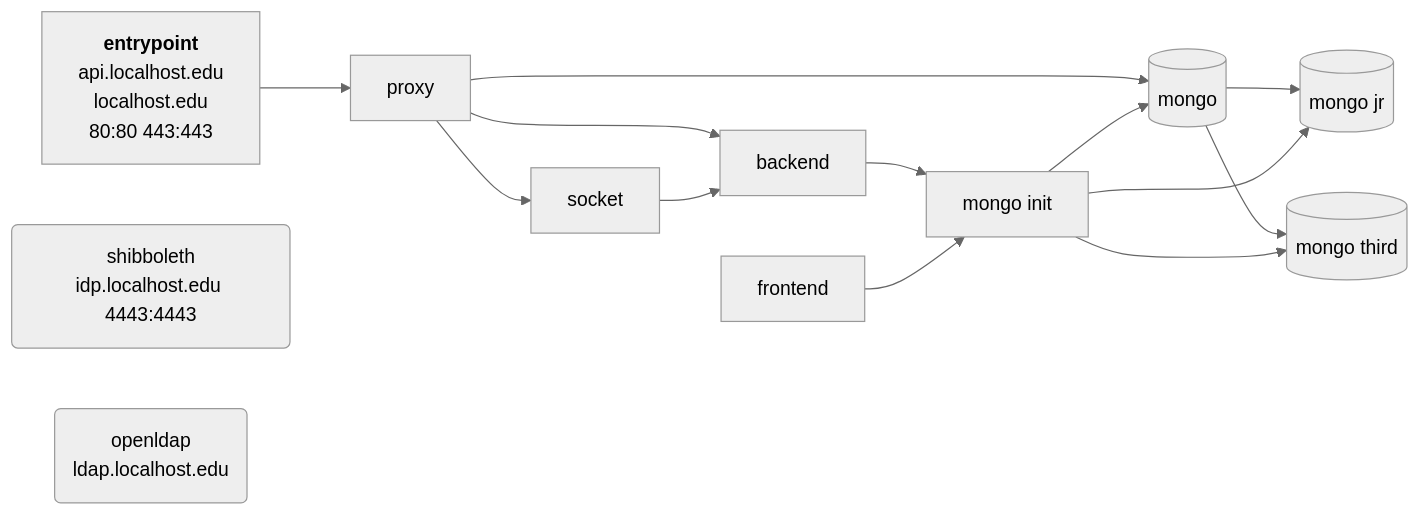
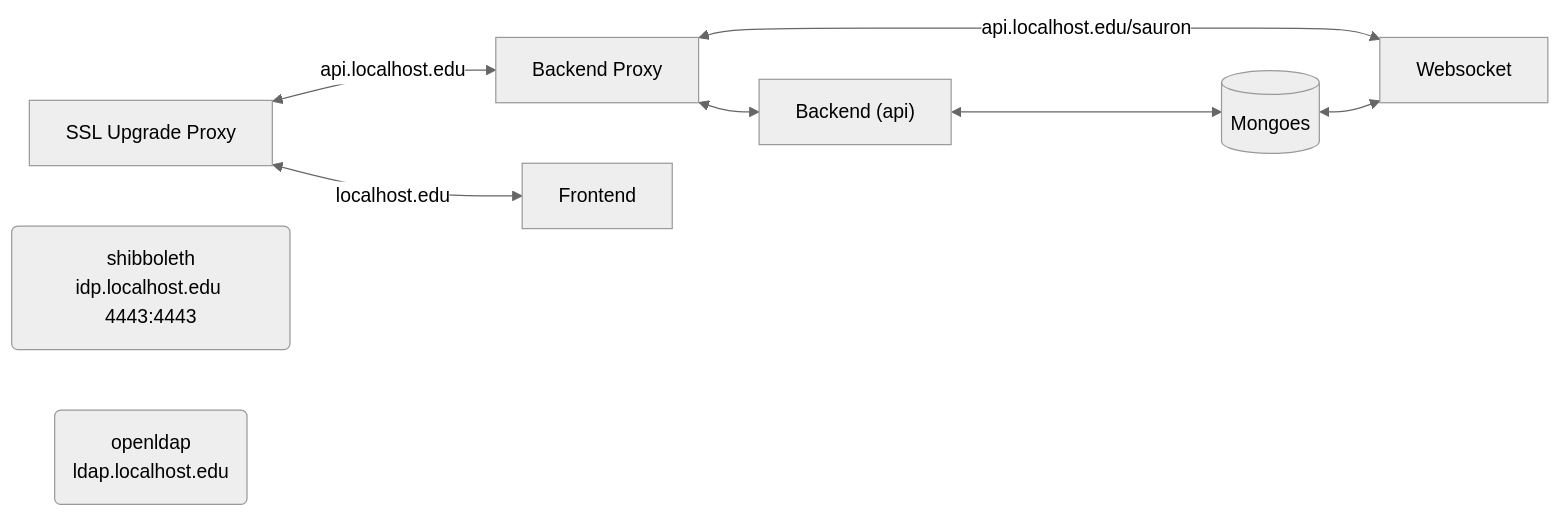
The first of 2 diagrams in docs/docs/architecture/index.md (oss/meetme), drawn with Mermaid (neutral theme) before and after one commit. The commit also changed other lines of this file, not shown here.

````diff
--- a/docs/docs/architecture/index.md
+++ b/docs/docs/architecture/index.md
@@ -35,28 +42,14 @@
 ```mermaid
 flowchart LR
-    entrypoint["`**entrypoint**
-        api.localhost.edu
-        localhost.edu
-        80:80  443:443
+    proxy["SSL Upgrade Proxy"] -- "api.localhost.edu" <--> backend-proxy["Backend Proxy"];
+    proxy -- "localhost.edu" <--> fronted["Frontend"]  
 
-    `"]-->proxy[proxy];
-    proxy --> backend[backend];
-    proxy --> socket[socket];
-    proxy --> mongo[(mongo)];
-    mongo --> mongojr[(mongo jr)];
-    mongo --> mongothird[(mongo third)];
+    backend-proxy <--> backend["Backend (api)"]
+    backend-proxy <-- "api.localhost.edu/sauron" --> websocket["Websocket"]
 
-    monogoinit[mongo init] --> mongo;
-    monogoinit --> mongojr;
-    monogoinit --> mongothird;
-    backend --> monogoinit;
-    frontend[frontend] --> monogoinit;
-    socket --> backend;
+    backend <--> database[(Mongoes)]
+    database <--> websocket
 
-    shibboleth("`shibboleth
-        idp.localhost.edu 4443:4443
-    `");
-    openldap("`openldap
-        ldap.localhost.edu
-    `");
+    shibboleth("shibboleth<br>idp.localhost.edu 4443:4443");
+    openldap("openldap<br>ldap.localhost.edu");
 ```
````
